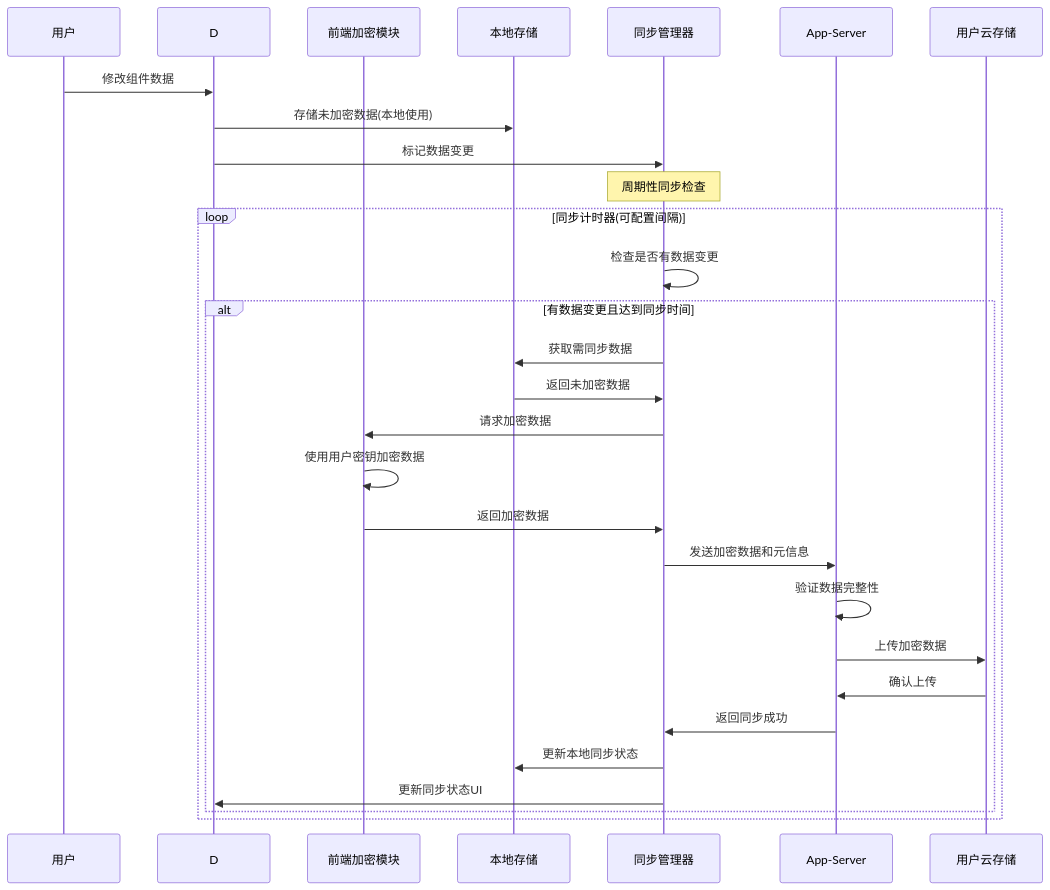
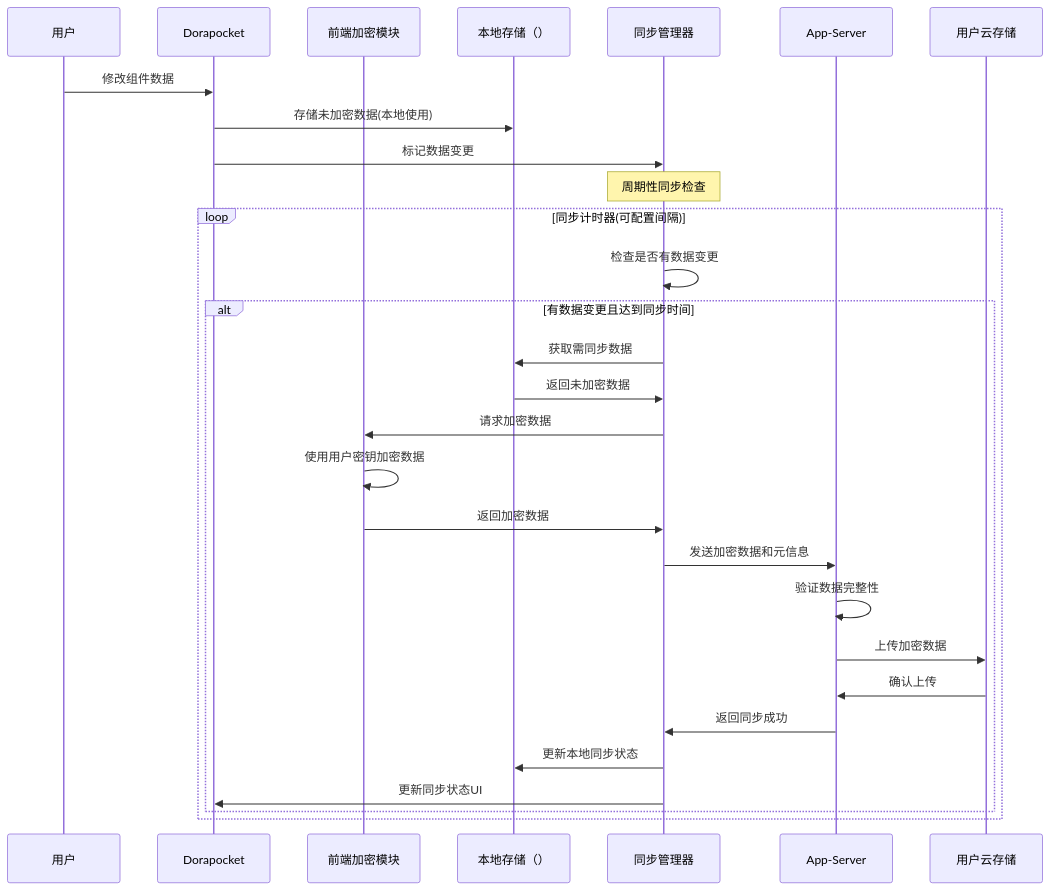
The diagram in all/未命名-34.md (yingjianzh/iodraw-files), drawn with Mermaid before and after one commit.

Commit message:
2025-04-17 14:24:22 update

````diff
--- a/all/未命名-34.md
+++ b/all/未命名-34.md
@@ -1,35 +1,35 @@
 ```mermaid
 sequenceDiagram
     participant User as 用户
-    participant Frontend as D
+    participant Frontend as Dorapocket
     participant CryptoM as 前端加密模块
-    participant LocalDB as 本地存储
+    participant LocalDB as 本地存储（）
     participant SyncM as 同步管理器
     participant AppServer as App-Server
     participant UserCloud as 用户云存储
     
     User->>Frontend: 修改组件数据
     Frontend->>LocalDB: 存储未加密数据(本地使用)
     Frontend->>SyncM: 标记数据变更
     
     note over SyncM: 周期性同步检查
     
     loop 同步计时器(可配置间隔)
         SyncM->>SyncM: 检查是否有数据变更
         
         alt 有数据变更且达到同步时间
             SyncM->>LocalDB: 获取需同步数据
             LocalDB->>SyncM: 返回未加密数据
             SyncM->>CryptoM: 请求加密数据
             CryptoM->>CryptoM: 使用用户密钥加密数据
             CryptoM->>SyncM: 返回加密数据
             SyncM->>AppServer: 发送加密数据和元信息
             AppServer->>AppServer: 验证数据完整性
             AppServer->>UserCloud: 上传加密数据
             UserCloud->>AppServer: 确认上传
             AppServer->>SyncM: 返回同步成功
             SyncM->>LocalDB: 更新本地同步状态
             SyncM->>Frontend: 更新同步状态UI
         end
     end
 ```
````
